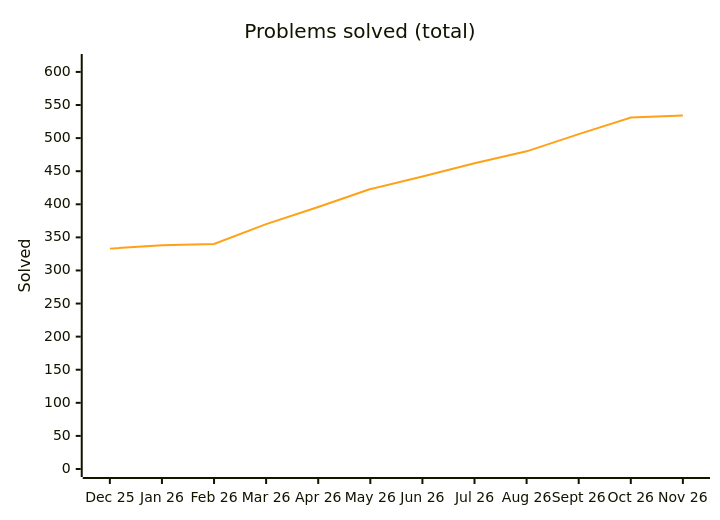
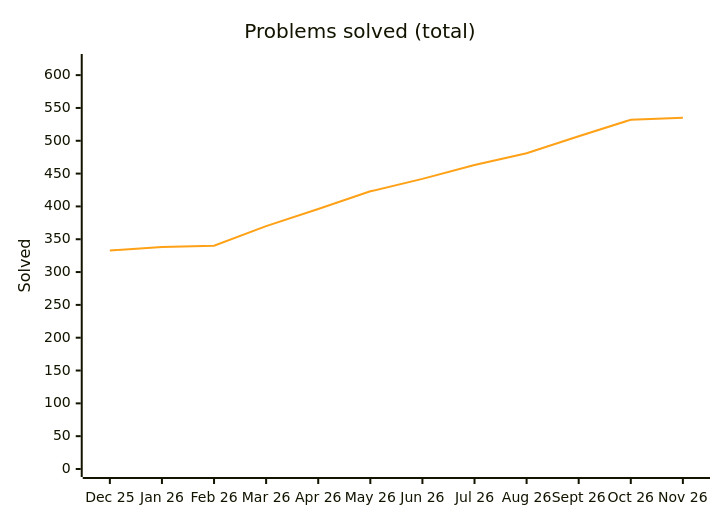
One commit to Ved-u/Java-DSA changed the diagram in README.md. Above: the diagram before and after it, drawn with Mermaid. The commit also changed other lines of this file and 3 other files, not shown here.

````diff
--- a/README.md
+++ b/README.md
@@ -53,8 +53,8 @@
 ```mermaid
 %%{init: {"themeVariables": {"xyChart": {"plotColorPalette": "#ffa116"}}}}%%
 xychart-beta
     title "Problems solved (total)"
     x-axis ["Dec 25", "Jan 26", "Feb 26", "Mar 26", "Apr 26", "May 26", "Jun 26", "Jul 26", "Aug 26", "Sept 26", "Oct 26", "Nov 26"]
-    y-axis "Solved" 0 --> 615
-    line [333, 338, 340, 370, 396, 423, 442, 462, 480, 506, 531, 534]
+    y-axis "Solved" 0 --> 620
+    line [333, 338, 340, 370, 396, 423, 442, 463, 481, 507, 532, 535]
 ```
````
